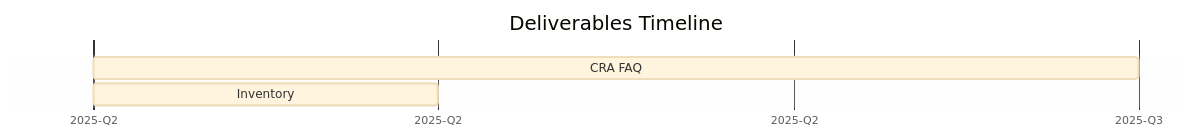
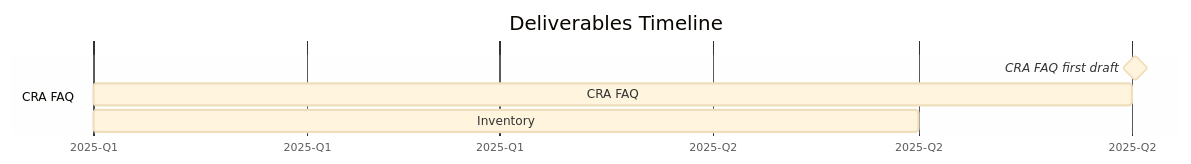
The second of 2 diagrams in cyber-resilience-sig/README.md (orcwg/orcwg), drawn with Mermaid before and after one commit. The commit also changed other lines of this file, not shown here.

Commit message:
Various fixes

````diff
--- a/cyber-resilience-sig/README.md
+++ b/cyber-resilience-sig/README.md
@@ -61,11 +61,12 @@
 ```mermaid
 %%{init: {'theme':'base'}}%%
 gantt
     title Deliverables Timeline
     dateFormat  MMMM YYYY
     axisFormat %Y-Q%q
     tickInterval 1month
-
-    CRA FAQ: April 2025, July 2025
-    Inventory: April 2025, May 2025
+    section CRA FAQ
+    CRA FAQ first draft: milestone, June 2025, 1d
+    CRA FAQ: January 2025, June 2025
+    Inventory: January 2025, May 2025
 ```
````
